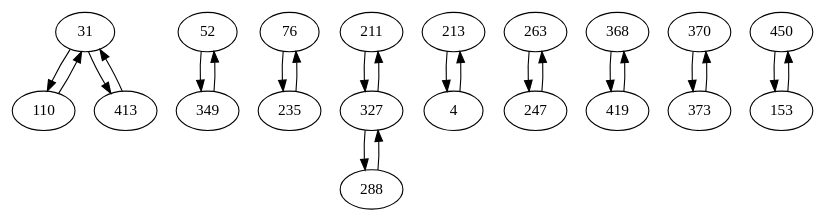
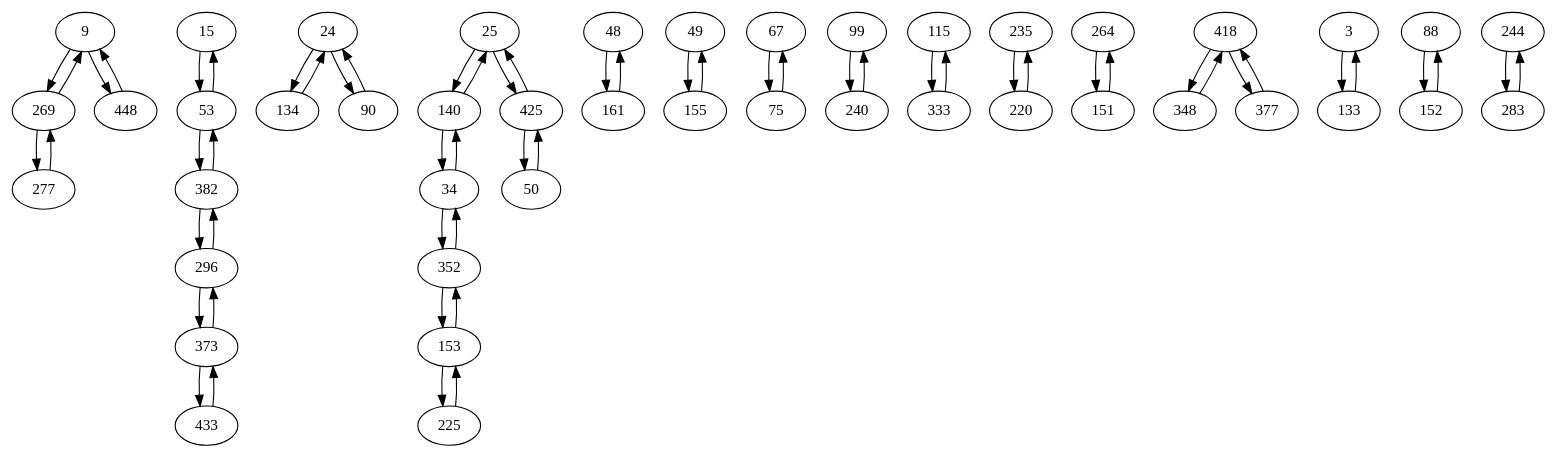
One commit to AuCson/Genome-Assembly-Implementation changed the diagram in external/dbg2olc/CleanedBestOverlapGraphWithTies.dot. Above: the diagram before and after it, drawn with Graphviz. The commit also changed 79 other files, not shown here.

```diff
--- a/external/dbg2olc/CleanedBestOverlapGraphWithTies.dot
+++ b/external/dbg2olc/CleanedBestOverlapGraphWithTies.dot
@@ -1,24 +1,60 @@
 digraph G {
-31 -> 110;
-52 -> 349;
-76 -> 235;
-110 -> 31;
-211 -> 327;
-213 -> 4;
-235 -> 76;
-263 -> 247;
-288 -> 327;
-327 -> 211;
-349 -> 52;
-368 -> 419;
-370 -> 373;
-413 -> 31;
-450 -> 153;
-4 -> 213;
-31 -> 413;
-153 -> 450;
-247 -> 263;
-327 -> 288;
-373 -> 370;
-419 -> 368;
+9 -> 269;
+15 -> 53;
+24 -> 134;
+25 -> 140;
+34 -> 352;
+48 -> 161;
+49 -> 155;
+50 -> 425;
+53 -> 15;
+67 -> 75;
+75 -> 67;
+99 -> 240;
+115 -> 333;
+134 -> 24;
+140 -> 34;
+153 -> 352;
+155 -> 49;
+225 -> 153;
+235 -> 220;
+240 -> 99;
+264 -> 151;
+269 -> 9;
+277 -> 269;
+296 -> 382;
+333 -> 115;
+352 -> 153;
+373 -> 296;
+382 -> 53;
+418 -> 348;
+425 -> 25;
+433 -> 373;
+3 -> 133;
+9 -> 448;
+24 -> 90;
+25 -> 425;
+34 -> 140;
+53 -> 382;
+88 -> 152;
+90 -> 24;
+133 -> 3;
+140 -> 25;
+151 -> 264;
+152 -> 88;
+153 -> 225;
+161 -> 48;
+220 -> 235;
+244 -> 283;
+269 -> 277;
+283 -> 244;
+296 -> 373;
+348 -> 418;
+352 -> 34;
+373 -> 433;
+377 -> 418;
+382 -> 296;
+418 -> 377;
+425 -> 50;
+448 -> 9;
 }
```
